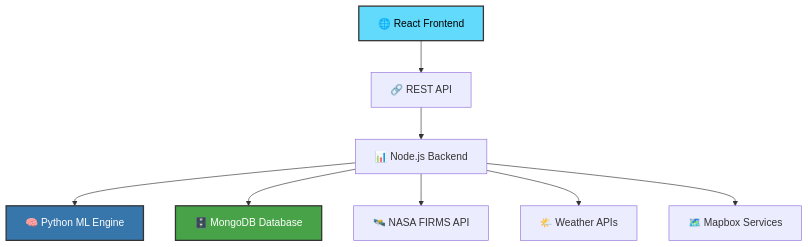
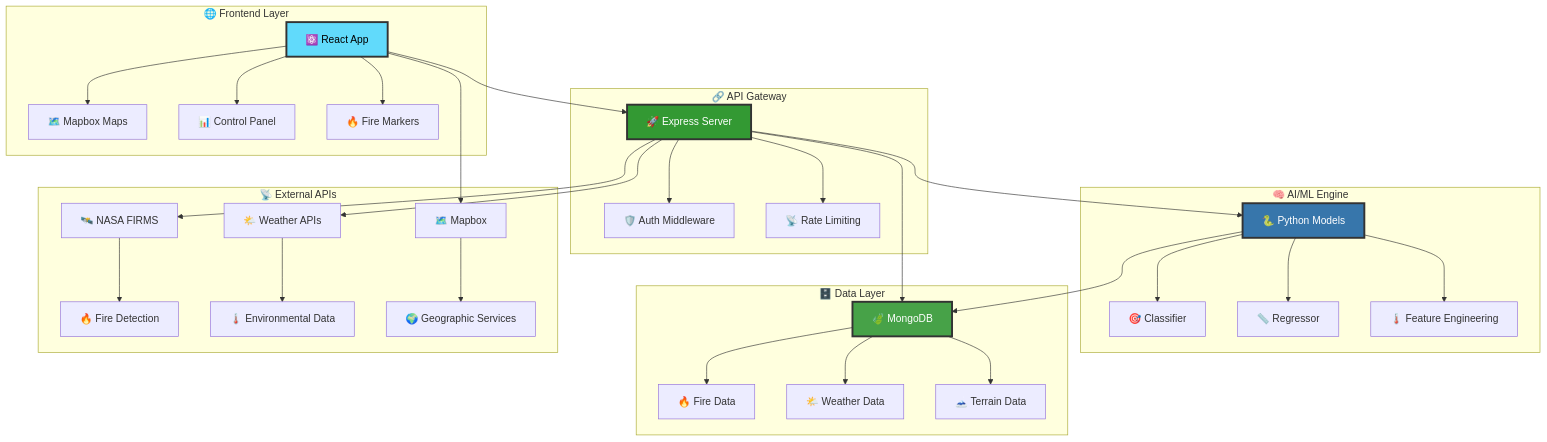
One commit to MohitPatni0731/Fire-Prediction-system changed the diagram in README.md. Above: the diagram before and after it, drawn with Mermaid. The commit also changed other lines of this file, not shown here.

````diff
--- a/README.md
+++ b/README.md
@@ -207,14 +342,44 @@
 ```mermaid
 graph TB
-    A[🌐 React Frontend] --> B[🔗 REST API]
-    B --> C[📊 Node.js Backend]
-    C --> D[🧠 Python ML Engine]
-    C --> E[🗄️ MongoDB Database]
-    C --> F[🛰️ NASA FIRMS API]
-    C --> G[🌤️ Weather APIs]
-    C --> H[🗺️ Mapbox Services]
+    subgraph "🌐 Frontend Layer"
+        A[⚛️ React App] --> B[🗺️ Mapbox Maps]
+        A --> C[📊 Control Panel]
+        A --> D[🔥 Fire Markers]
+    end
     
-    style A fill:#61dafb,stroke:#333,stroke-width:2px,color:#000
-    style D fill:#3776ab,stroke:#333,stroke-width:2px,color:#fff
-    style E fill:#47a248,stroke:#333,stroke-width:2px,color:#fff
+    subgraph "🔗 API Gateway"
+        E[🚀 Express Server] --> F[🛡️ Auth Middleware]
+        E --> G[📡 Rate Limiting]
+    end
+    
+    subgraph "🧠 AI/ML Engine"
+        H[🐍 Python Models] --> I[🎯 Classifier]
+        H --> J[📏 Regressor]
+        H --> K[🌡️ Feature Engineering]
+    end
+    
+    subgraph "🗄️ Data Layer"
+        L[🍃 MongoDB] --> M[🔥 Fire Data]
+        L --> N[🌤️ Weather Data]
+        L --> O[🗻 Terrain Data]
+    end
+    
+    subgraph "📡 External APIs"
+        P[🛰️ NASA FIRMS] --> Q[🔥 Fire Detection]
+        R[🌤️ Weather APIs] --> S[🌡️ Environmental Data]
+        T[🗺️ Mapbox] --> U[🌍 Geographic Services]
+    end
+    
+    A --> E
+    E --> H
+    E --> L
+    H --> L
+    E --> P
+    E --> R
+    A --> T
+    
+    style A fill:#61dafb,stroke:#333,stroke-width:3px,color:#000
+    style H fill:#3776ab,stroke:#333,stroke-width:3px,color:#fff
+    style L fill:#47a248,stroke:#333,stroke-width:3px,color:#fff
+    style E fill:#339933,stroke:#333,stroke-width:3px,color:#fff
 ```
````
